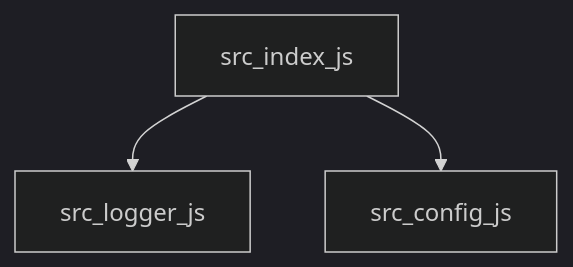
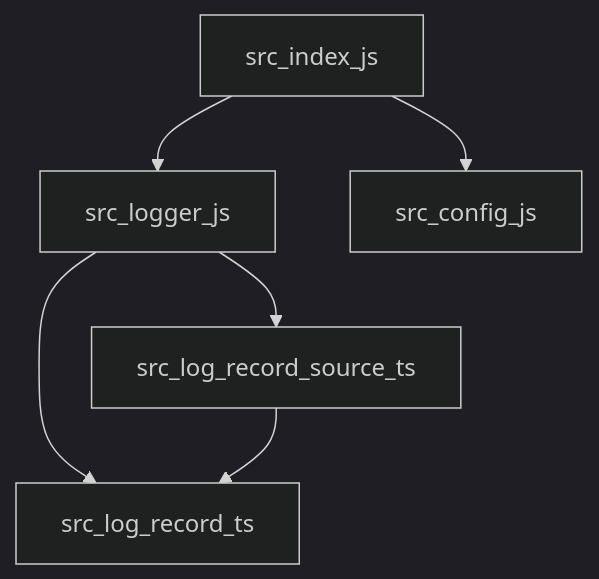
The second of 2 diagrams in packages/@webex/plugin-logger/docs/architecture.md (webex/webex-js-sdk), drawn with Mermaid (dark theme) before and after one commit. The commit also changed other lines of this file and 7 other files, not shown here.

First line of the commit message:
refactor(logger): clarify the structured record source

````diff
--- a/packages/@webex/plugin-logger/docs/architecture.md
+++ b/packages/@webex/plugin-logger/docs/architecture.md
@@ -150,8 +153,13 @@
 ```mermaid
 flowchart TD
   indexJs[src_index_js]
   loggerJs[src_logger_js]
+  records[src_log_record_ts]
+  subscriptions[src_log_record_source_ts]
   configJs[src_config_js]
   indexJs --> loggerJs
   indexJs --> configJs
+  loggerJs --> records
+  loggerJs --> subscriptions
+  subscriptions --> records
 ```
````
